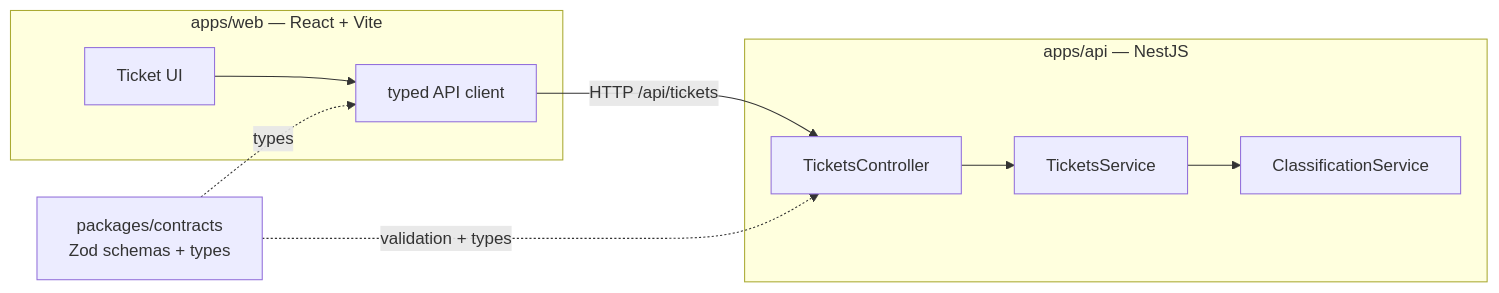
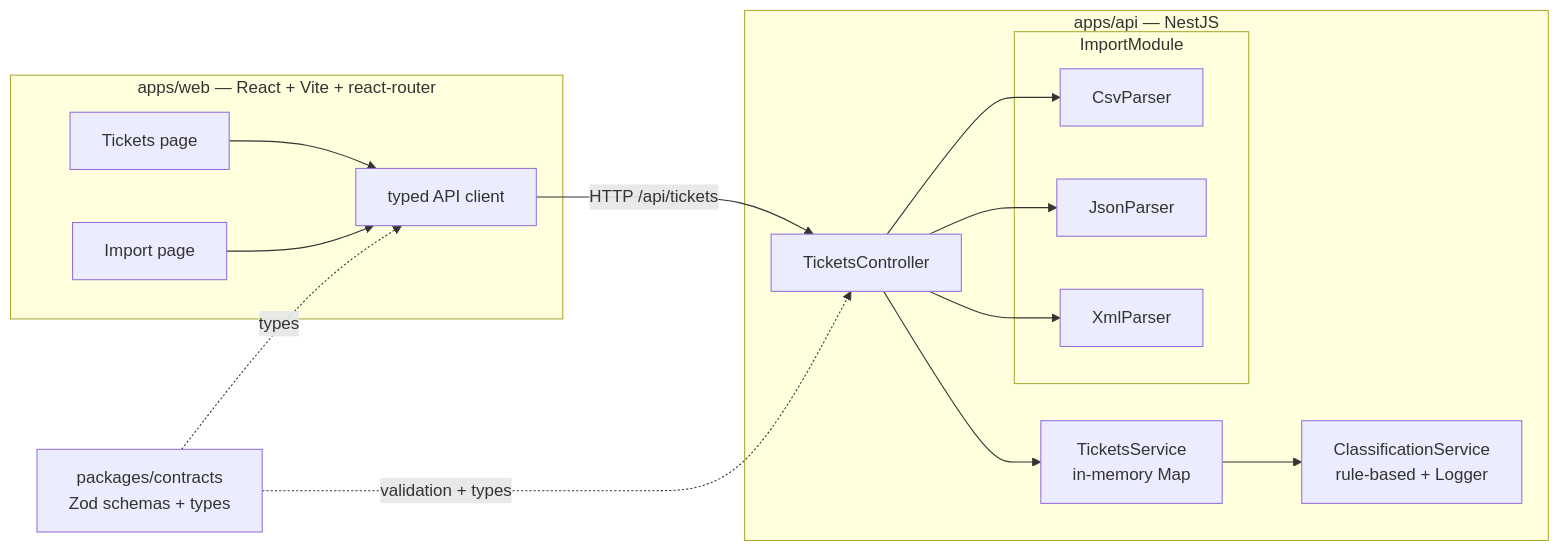
One commit to vkiryakov/gen-ai-software-engineering changed the diagram in homework-2/README.md. Above: the diagram before and after it, drawn with Mermaid. The commit also changed other lines of this file and 1 other file, not shown here.

Commit message:
docs: sync README and CLAUDE.md with import pipeline and test setup

````diff
--- a/homework-2/README.md
+++ b/homework-2/README.md
@@ -10,20 +10,28 @@
 ```mermaid
 flowchart LR
-    subgraph web["apps/web — React + Vite"]
-        UI[Ticket UI]
+    subgraph web["apps/web — React + Vite + react-router"]
+        UI[Tickets page]
+        IMP[Import page]
         Client[typed API client]
     end
     subgraph api["apps/api — NestJS"]
         Ctrl[TicketsController]
-        Svc[TicketsService]
-        Cls[ClassificationService]
+        subgraph import["ImportModule"]
+            CSV[CsvParser]
+            JSONP[JsonParser]
+            XML[XmlParser]
+        end
+        Svc[TicketsService<br/>in-memory Map]
+        Cls[ClassificationService<br/>rule-based + Logger]
     end
     contracts["packages/contracts<br/>Zod schemas + types"]
 
     UI --> Client
+    IMP --> Client
     Client -->|"HTTP /api/tickets"| Ctrl
+    Ctrl --> CSV & JSONP & XML
     Ctrl --> Svc
     Svc --> Cls
     contracts -. "types" .-> Client
     contracts -. "validation + types" .-> Ctrl
 ```
````
